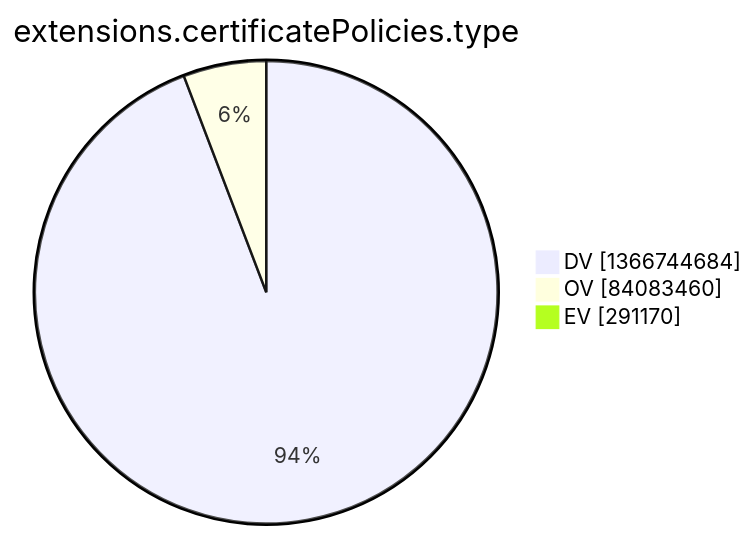
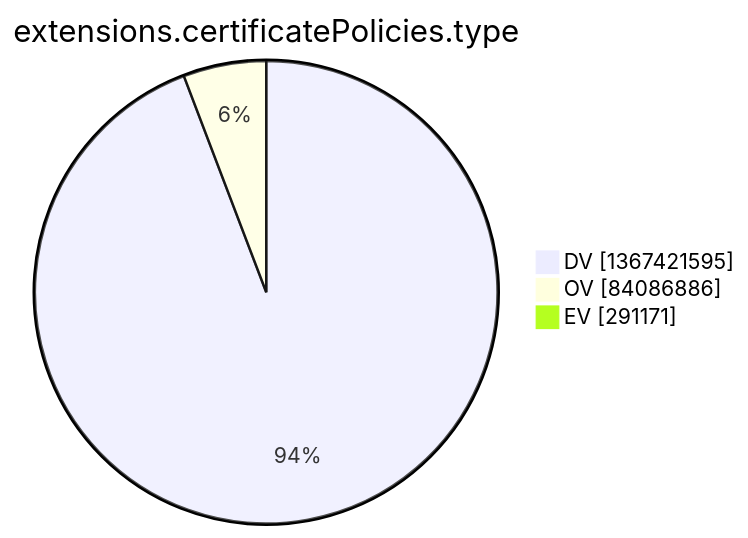
The tenth of 15 diagrams in argon2022/README.md (christiankrug/ctmonitor_visualization), drawn with Mermaid before and after one commit. The commit also changed other lines of this file, not shown here.

````diff
--- a/argon2022/README.md
+++ b/argon2022/README.md
@@ -2773,7 +2773,7 @@
 ```mermaid
 pie showData
 title extensions.certificatePolicies.type
-"DV" :1366744684
-"OV" :84083460
-"EV" :291170
+"DV" :1367421595
+"OV" :84086886
+"EV" :291171
 ```
````
